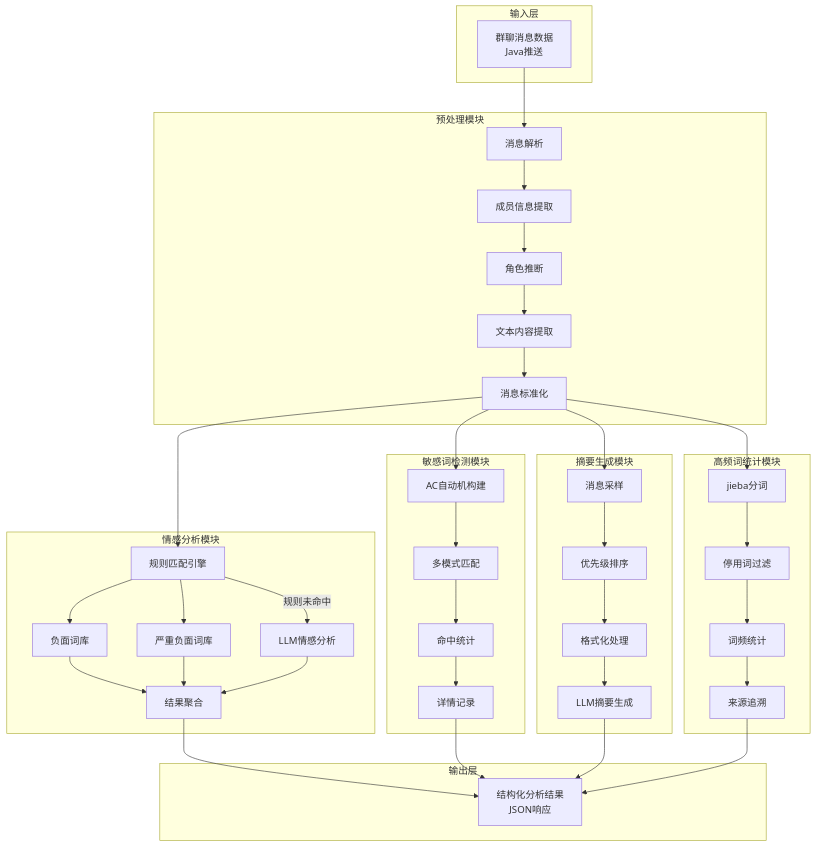
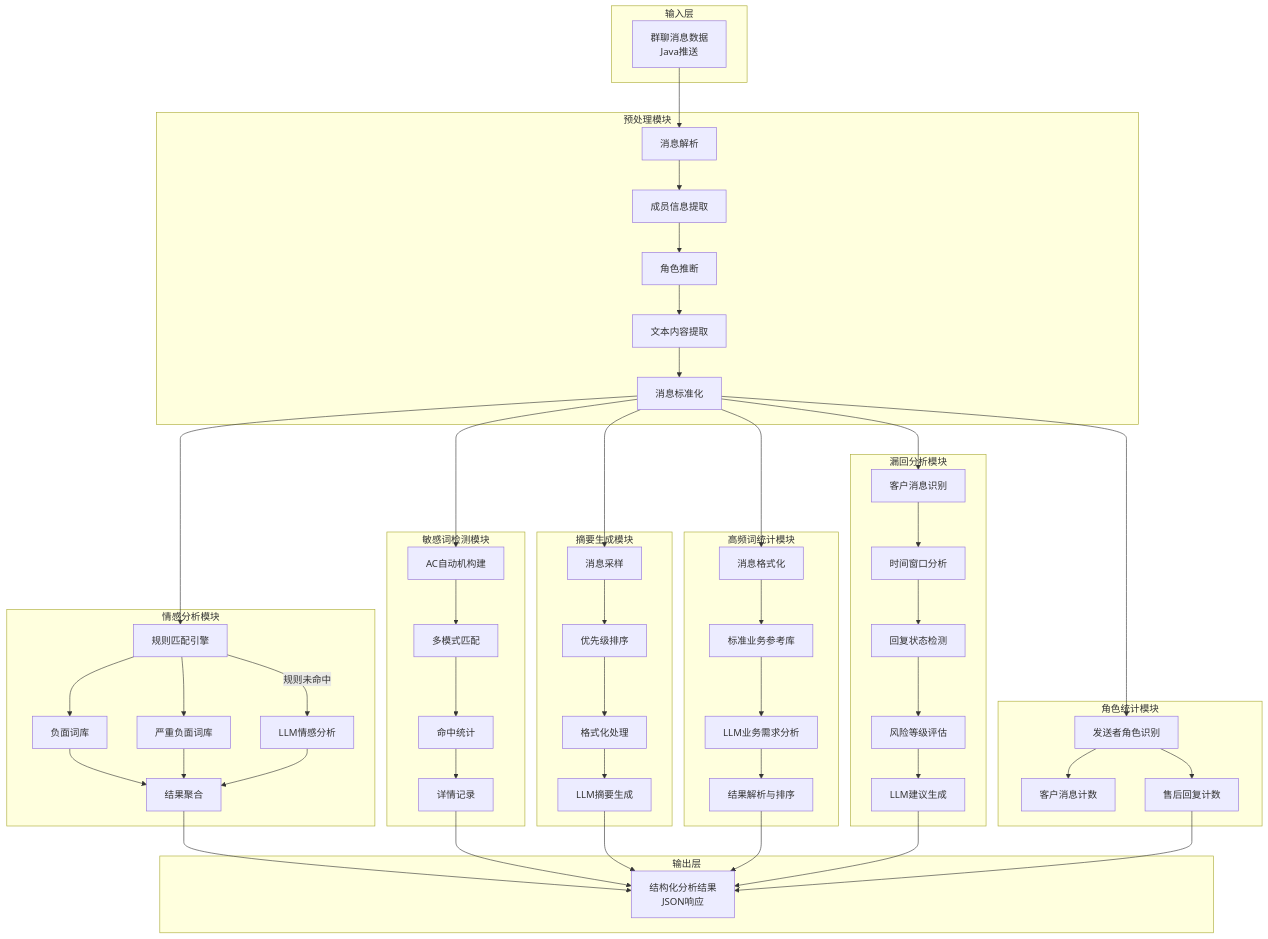
One commit to competition-W/wechat_analysis changed the third of 10 diagrams in 系统架构图.md. Above: the diagram before and after it, drawn with Mermaid. The commit also changed other lines of this file and 28 other files, not shown here.

````diff
--- a/系统架构图.md
+++ b/系统架构图.md
@@ -150,10 +162,24 @@
     end
     
     subgraph 高频词统计模块
-        HF1[jieba分词]
-        HF2[停用词过滤]
-        HF3[词频统计]
-        HF4[来源追溯]
+        HF1[消息格式化]
+        HF2[标准业务参考库]
+        HF3[LLM业务需求分析]
+        HF4[结果解析与排序]
+    end
+    
+    subgraph 漏回分析模块
+        UA1[客户消息识别]
+        UA2[时间窗口分析]
+        UA3[回复状态检测]
+        UA4[风险等级评估]
+        UA5[LLM建议生成]
+    end
+    
+    subgraph 角色统计模块
+        RS1[发送者角色识别]
+        RS2[客户消息计数]
+        RS3[售后回复计数]
     end
     
     subgraph 输出层
@@ -189,8 +215,20 @@
     HF2 --> HF3
     HF3 --> HF4
     
+    P5 --> UA1
+    UA1 --> UA2
+    UA2 --> UA3
+    UA3 --> UA4
+    UA4 --> UA5
+    
+    P5 --> RS1
+    RS1 --> RS2
+    RS1 --> RS3
+    
     S5 --> Output
     SW4 --> Output
     SM4 --> Output
     HF4 --> Output
+    UA5 --> Output
+    RS3 --> Output
 ```
````
